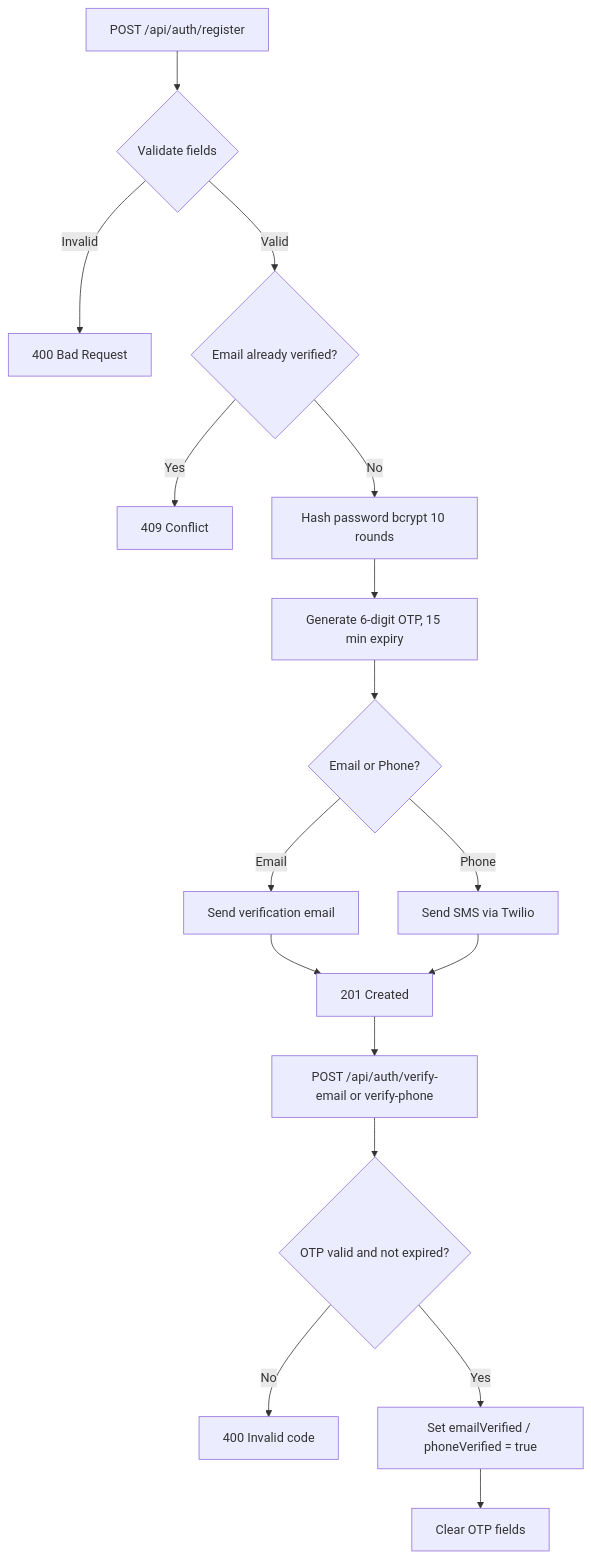
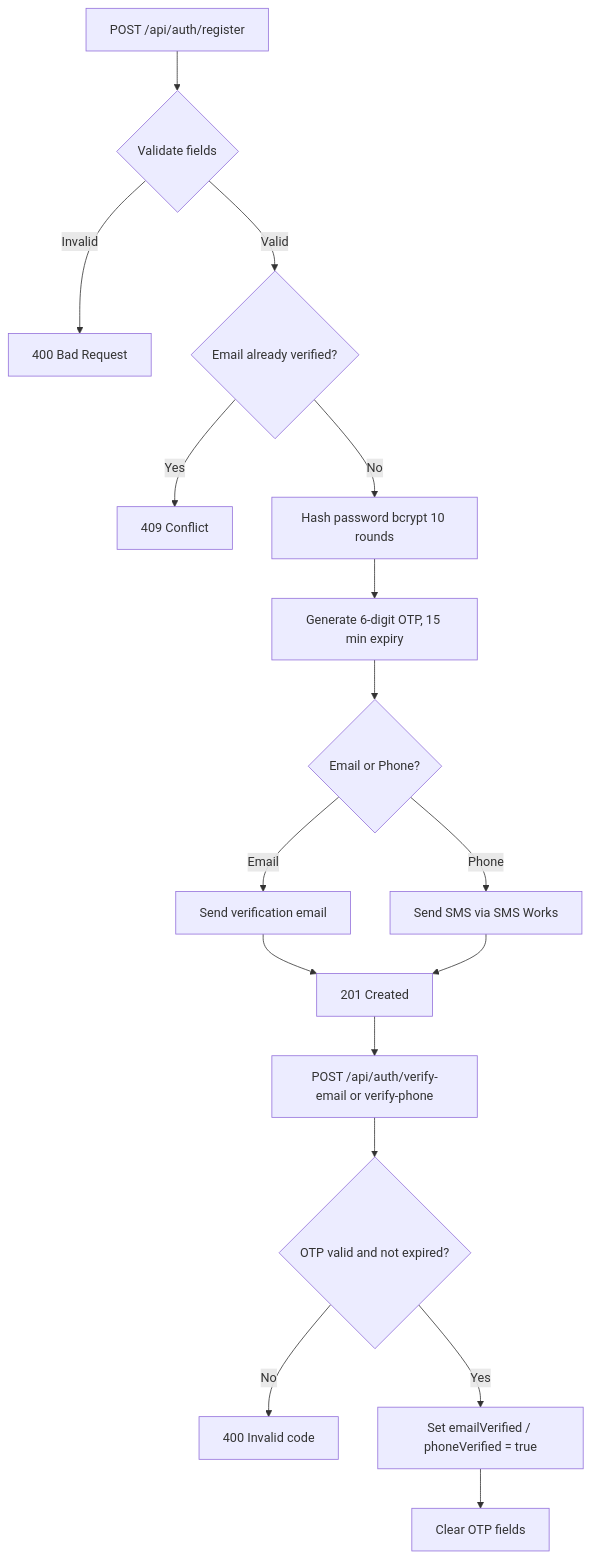
Before and after one commit to neofuture/chatr: the first of 4 diagrams in Documentation/Backend/AUTHENTICATION.md, drawn with Mermaid. The commit also changed other lines of this file and 11 other files, not shown here.

````diff
--- a/Documentation/Backend/AUTHENTICATION.md
+++ b/Documentation/Backend/AUTHENTICATION.md
@@ -13,20 +13,20 @@
 ```mermaid
 flowchart TD
     A[POST /api/auth/register] --> B{Validate fields}
     B -- Invalid --> C[400 Bad Request]
     B -- Valid --> D{Email already verified?}
     D -- Yes --> E[409 Conflict]
     D -- No --> F[Hash password bcrypt 10 rounds]
     F --> G[Generate 6-digit OTP, 15 min expiry]
     G --> H{Email or Phone?}
     H -- Email --> I[Send verification email]
-    H -- Phone --> J[Send SMS via Twilio]
+    H -- Phone --> J[Send SMS via SMS Works]
     I --> K[201 Created]
     J --> K
 
     K --> L[POST /api/auth/verify-email or verify-phone]
     L --> M{OTP valid and not expired?}
     M -- No --> N[400 Invalid code]
     M -- Yes --> O[Set emailVerified / phoneVerified = true]
     O --> P[Clear OTP fields]
 ```
````
